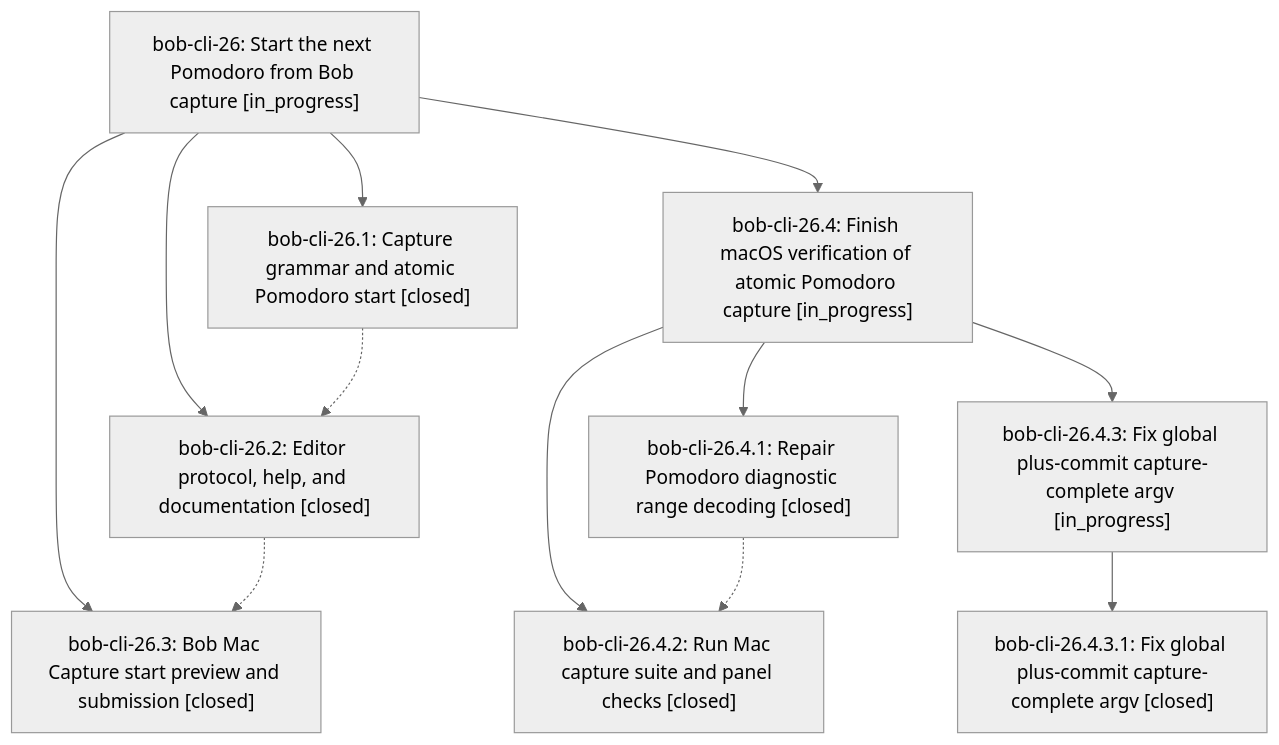
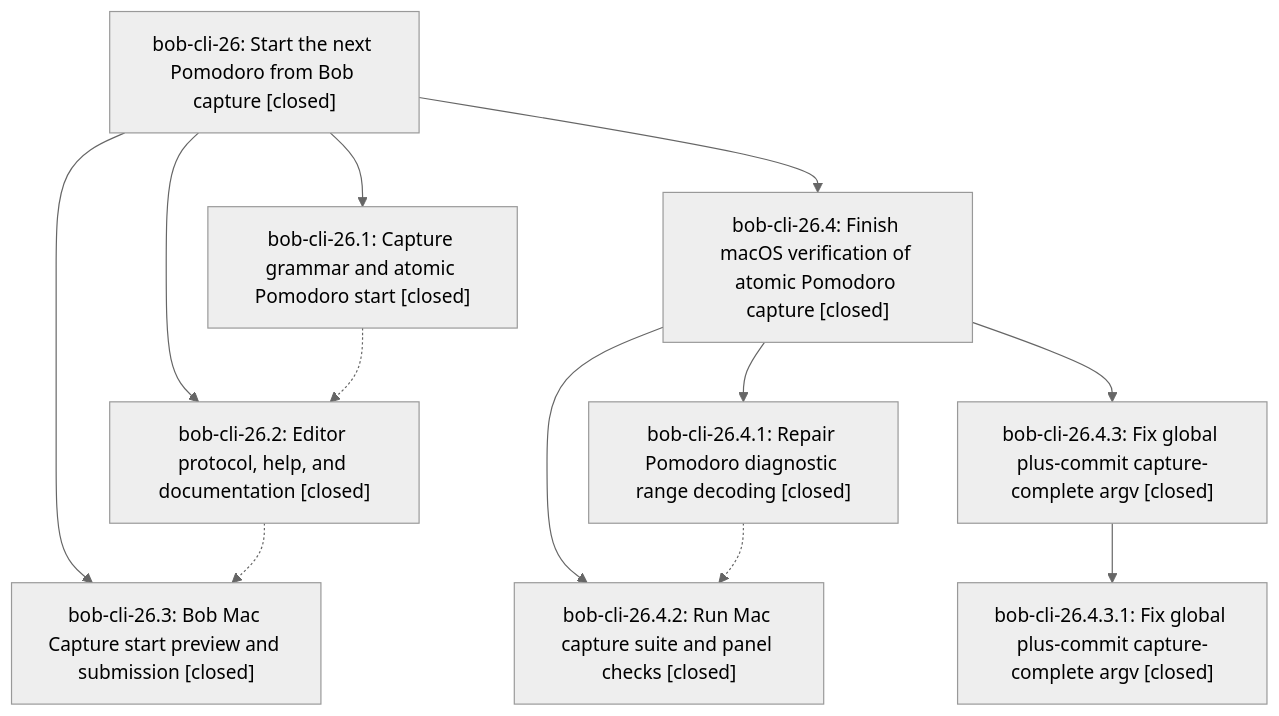
Before and after one commit to bobs-org/bob-cli--beads: the diagram in pages/bob-cli-26/README.md, drawn with Mermaid (neutral theme). The commit also changed other lines of this file and 2 other files, not shown here.

First line of the commit message:
chore(beads): sync bead state and pages for bob-cli-26

````diff
--- a/pages/bob-cli-26/README.md
+++ b/pages/bob-cli-26/README.md
@@ -87,23 +89,23 @@
 ```mermaid
 flowchart TD
-    n0["bob-cli-26: Start the next Pomodoro from Bob capture [in_progress]"]
+    n0["bob-cli-26: Start the next Pomodoro from Bob capture [closed]"]
     n1["bob-cli-26.1: Capture grammar and atomic Pomodoro start [closed]"]
     n2["bob-cli-26.2: Editor protocol, help, and documentation [closed]"]
     n3["bob-cli-26.3: Bob Mac Capture start preview and submission [closed]"]
-    n4["bob-cli-26.4: Finish macOS verification of atomic Pomodoro capture [in_progress]"]
+    n4["bob-cli-26.4: Finish macOS verification of atomic Pomodoro capture [closed]"]
     n5["bob-cli-26.4.1: Repair Pomodoro diagnostic range decoding [closed]"]
     n6["bob-cli-26.4.2: Run Mac capture suite and panel checks [closed]"]
-    n7["bob-cli-26.4.3: Fix global plus-commit capture-complete argv [in_progress]"]
+    n7["bob-cli-26.4.3: Fix global plus-commit capture-complete argv [closed]"]
     n8["bob-cli-26.4.3.1: Fix global plus-commit capture-complete argv [closed]"]
     n0 --> n1
     n0 --> n2
     n0 --> n3
     n0 --> n4
     n4 --> n5
     n4 --> n6
     n4 --> n7
     n7 --> n8
     n1 -.-> n2
     n2 -.-> n3
     n5 -.-> n6
 ```
````
